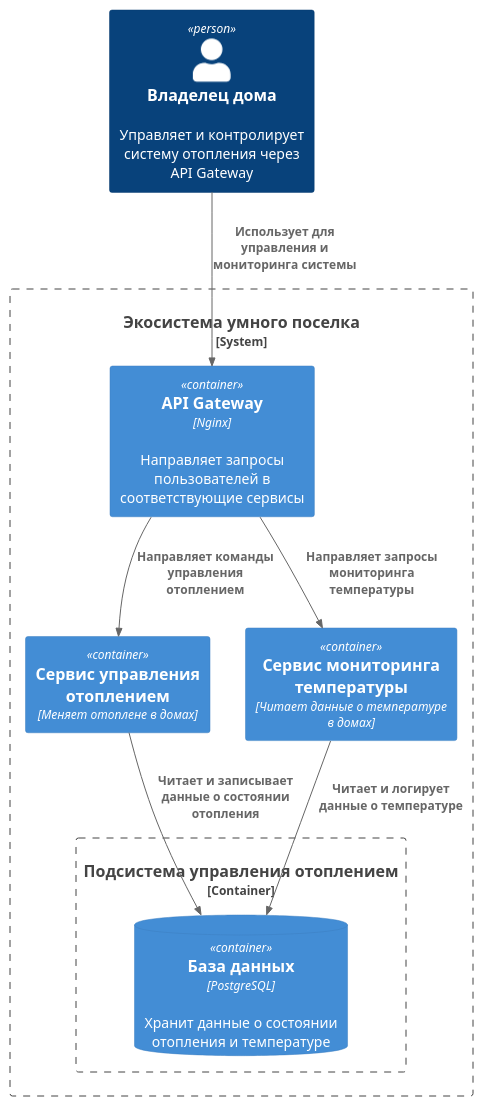
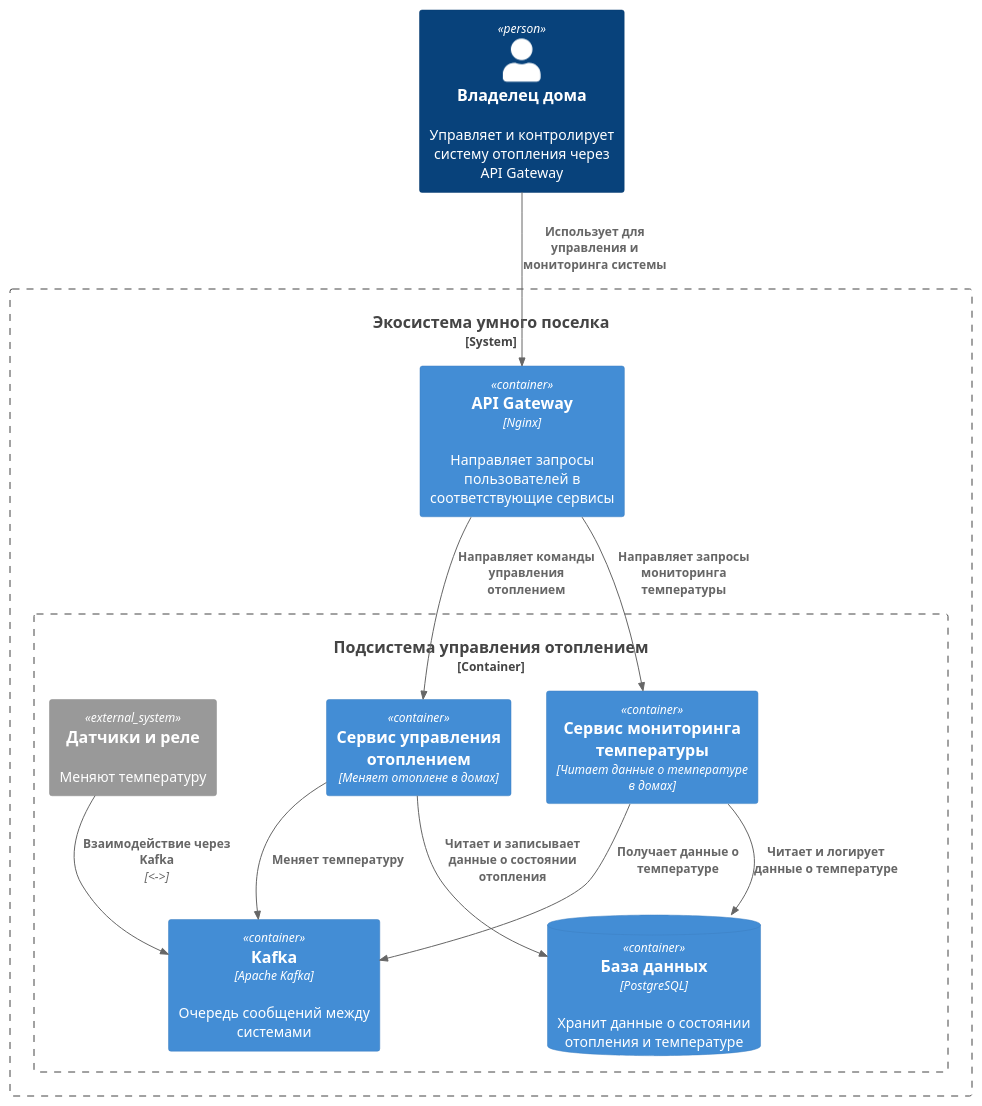
One commit to Apelsins/architecture-sprint-3 changed the diagram in diagrams/task2/Home_Container.puml. Above: the diagram before and after it, drawn with PlantUML. The commit also changed 5 other files, not shown here.

```diff
--- a/diagrams/task2/Home_Container.puml
+++ b/diagrams/task2/Home_Container.puml
@@ -1,25 +1,33 @@
 @startuml
 !include ./../C4_Container.puml
 
 
 Person(user, "Владелец дома", "Управляет и контролирует систему отопления через API Gateway")
 
 System_Boundary(smartVillageEcoSystem, "Экосистема умного поселка") {
     Container(apiGateway, "API Gateway", "Nginx", "Направляет запросы пользователей в соответствующие сервисы")
 
-    Container(heatingService, "Сервис управления отоплением", "Меняет отоплене в домах")
-    Container(tempMonitoringService, "Сервис мониторинга температуры", "Читает данные о температуре в домах")
 
        Container_Boundary(heatingSubsystem, "Подсистема управления отоплением") {
+       Container(heatingService, "Сервис управления отоплением", "Меняет отоплене в домах")
+       Container(tempMonitoringService, "Сервис мониторинга температуры", "Читает данные о температуре в домах")
+
        ContainerDb(heatingDb, "База данных", "PostgreSQL", "Хранит данные о состоянии отопления и температуре")
+       Container(messageBroker, "Kafka", "Apache Kafka", "Очередь сообщений между системами")
+
+       System_Ext(sensorSystem, "Датчики и реле", "Меняют температуру")
 
     }
 }
 
 Rel(user, apiGateway, "Использует для управления и мониторинга системы")
 Rel(apiGateway, heatingService, "Направляет команды управления отоплением")
 Rel(apiGateway, tempMonitoringService, "Направляет запросы мониторинга температуры")
 Rel(heatingService, heatingDb, "Читает и записывает данные о состоянии отопления")
 Rel(tempMonitoringService, heatingDb, "Читает и логирует данные о температуре")
 
+Rel(sensorSystem, messageBroker, "Взаимодействие через Kafka", "<->")
+Rel(heatingService, messageBroker, "Меняет температуру")
+Rel(tempMonitoringService, messageBroker, "Получает данные о температуре")
+
 @enduml
```
